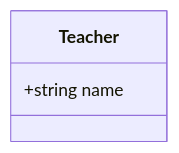
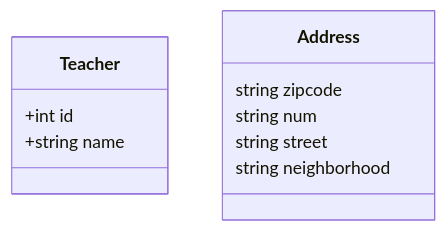
One commit to cezarcruz/gymfront changed the diagram in README.md. Above: the diagram before and after it, drawn with Mermaid.

Commit message:
more marmaid

````diff
--- a/README.md
+++ b/README.md
@@ -1,6 +1,14 @@
 ```mermaid
 classDiagram
     class Teacher {
+        +int    id
         +string name
     }
+
+    class Address {
+        string  zipcode
+        string  num
+        string  street
+        string  neighborhood
+    }
 ```
````
